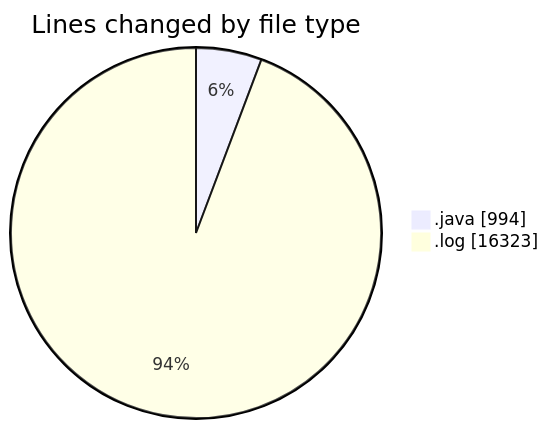
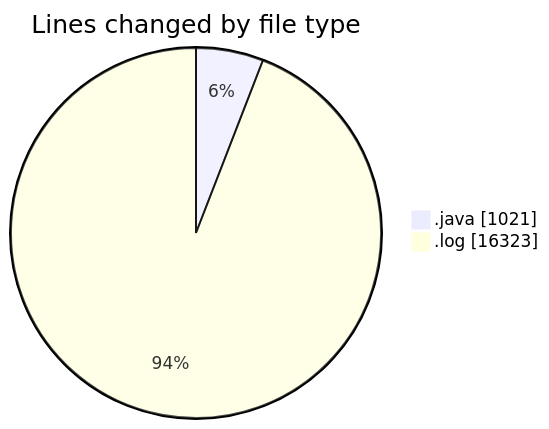
Before and after one commit to ricardozamudiocil/code-tracking: the first of 2 diagrams in 2026-04-07/cilapp/README.md, drawn with Mermaid. The commit also changed other lines of this file and 1 other file, not shown here.

````diff
--- a/2026-04-07/cilapp/README.md
+++ b/2026-04-07/cilapp/README.md
@@ -23,6 +23,6 @@
 ```mermaid
 pie showData
 title Lines changed by file type
-".java" : 994
+".java" : 1021
 ".log" : 16323
 ```
````
